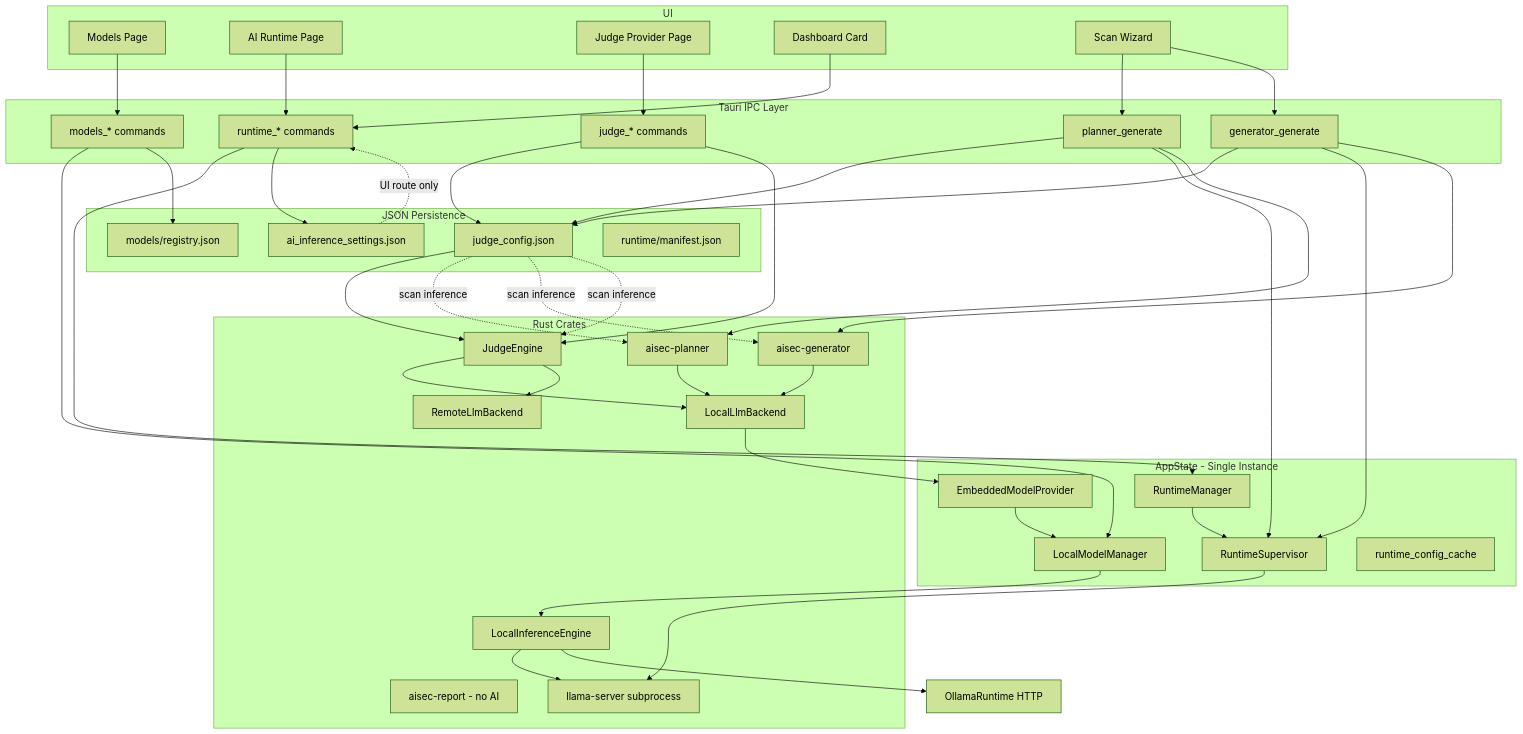
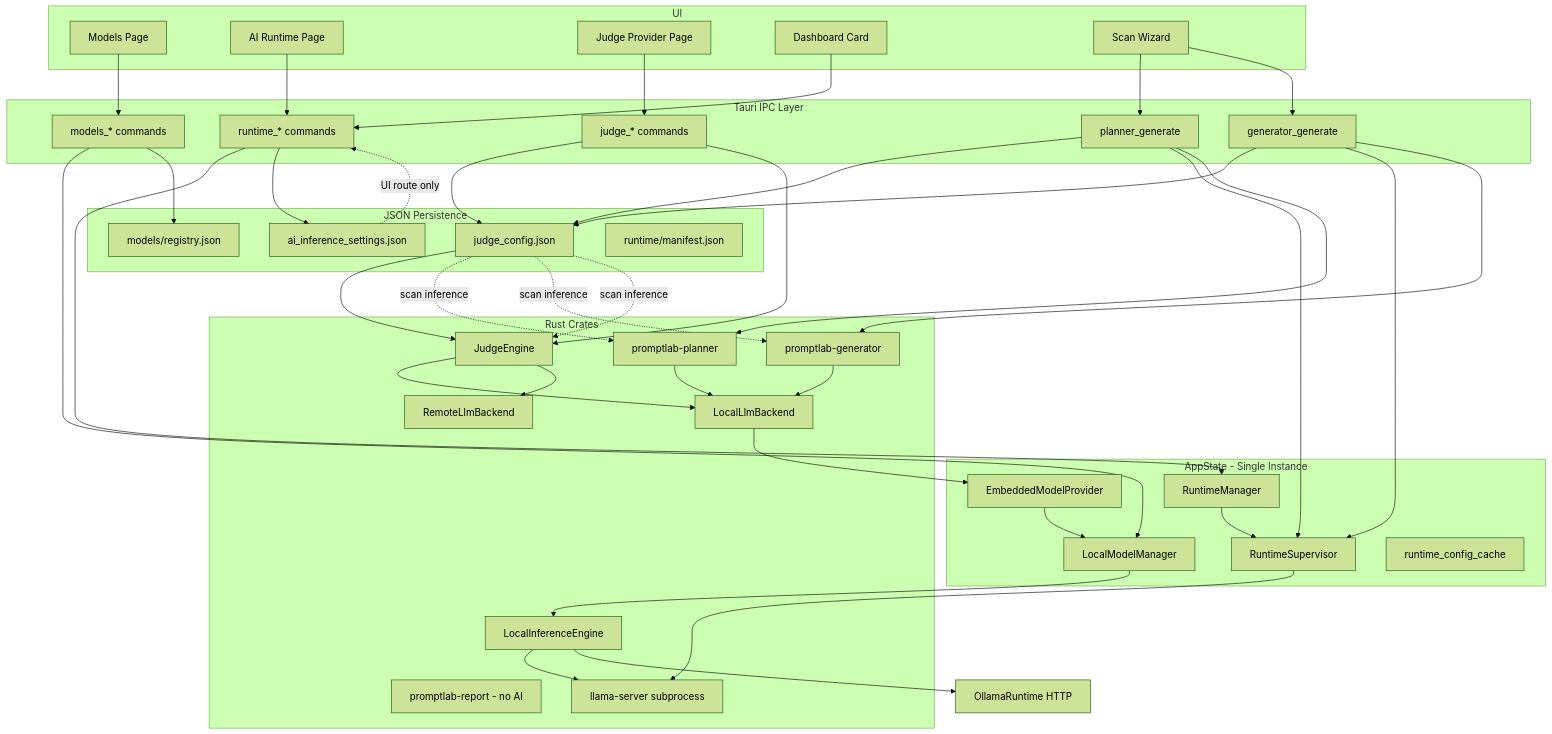
Before and after one commit to YangYang-Research/yang-promptlab: the first of 4 diagrams in docs/AI_RUNTIME_ARCHITECTURE_AUDIT.md, drawn with Mermaid (forest theme). The commit also changed other lines of this file and 352 other files, not shown here.

First line of the commit message:
feat(promptlab): migrate from AISec to PromptLab framework

```diff
--- a/docs/AI_RUNTIME_ARCHITECTURE_AUDIT.md
+++ b/docs/AI_RUNTIME_ARCHITECTURE_AUDIT.md
@@ -788,9 +788,9 @@
 
   subgraph Crates[Rust Crates]
     JudgeEngine[JudgeEngine]
-    Planner[aisec-planner]
-    Generator[aisec-generator]
-    Report[aisec-report - no AI]
+    Planner[promptlab-planner]
+    Generator[promptlab-generator]
+    Report[promptlab-report - no AI]
     RemoteBE[RemoteLlmBackend]
     LocalBE[LocalLlmBackend]
     LIE[LocalInferenceEngine]
```
